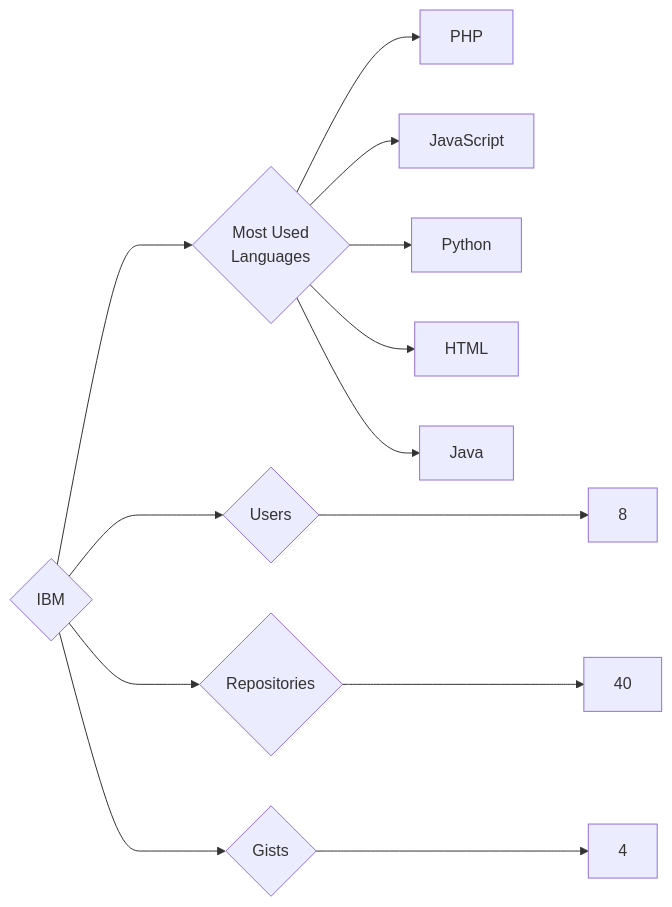
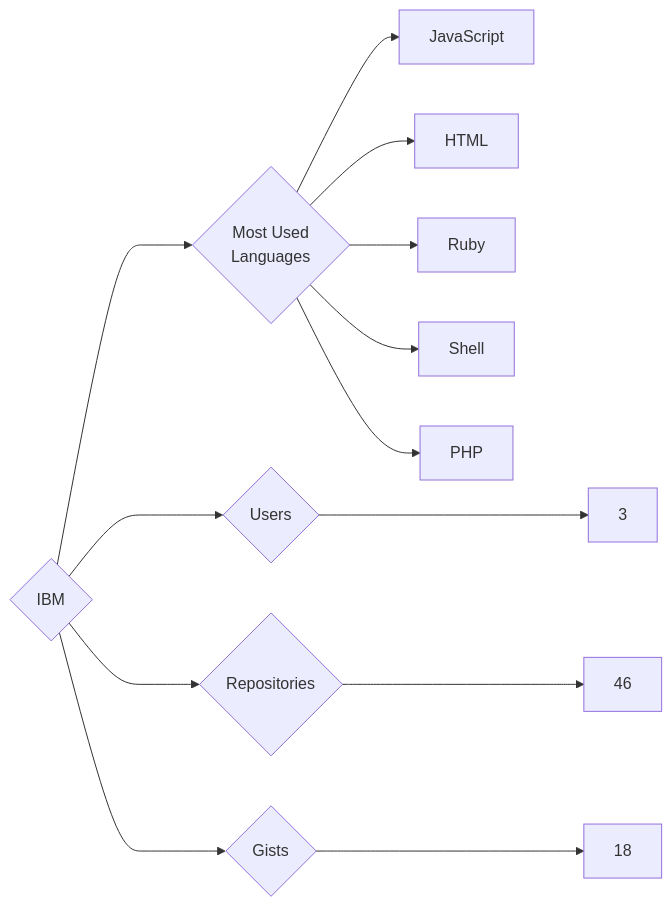
One commit to trickest/insiders changed the diagram in targets/IBM/README.md. Above: the diagram before and after it, drawn with Mermaid. The commit also changed 1167 other files, not shown here.

````diff
--- a/targets/IBM/README.md
+++ b/targets/IBM/README.md
@@ -3,13 +3,13 @@
 ```mermaid
 graph LR
 COMPANY_NAME{IBM}
-COMPANY_NAME ---> U{Users} ---> UN[8]
-COMPANY_NAME ---> R{Repositories} ---> RN[40]
-COMPANY_NAME ---> G{Gists} ---> GN[4]
+COMPANY_NAME ---> U{Users} ---> UN[3]
+COMPANY_NAME ---> R{Repositories} ---> RN[46]
+COMPANY_NAME ---> G{Gists} ---> GN[18]
 COMPANY_NAME ---> ML{Most Used<br>Languages}
+ML --> JavaScript[JavaScript]
+ML --> HTML[HTML]
+ML --> Ruby[Ruby]
+ML --> Shell[Shell]
 ML --> PHP[PHP]
-ML --> JavaScript[JavaScript]
-ML --> Python[Python]
-ML --> HTML[HTML]
-ML --> Java[Java]
 ```
````
